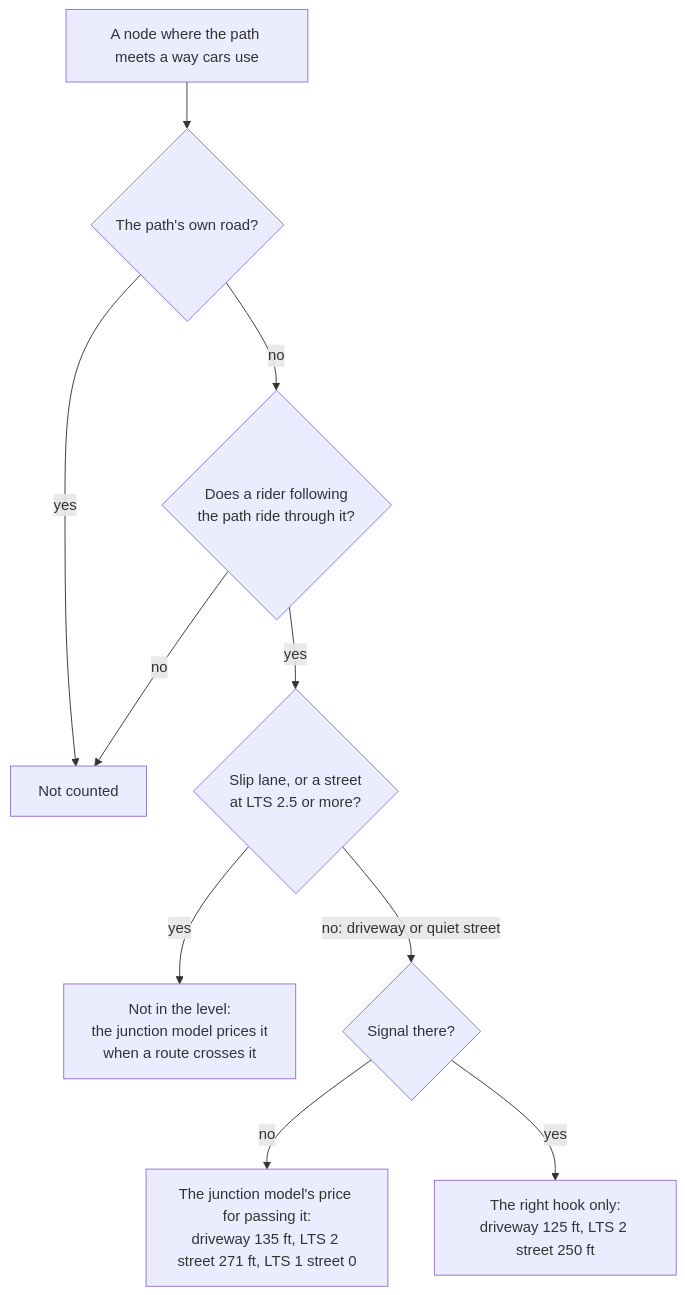
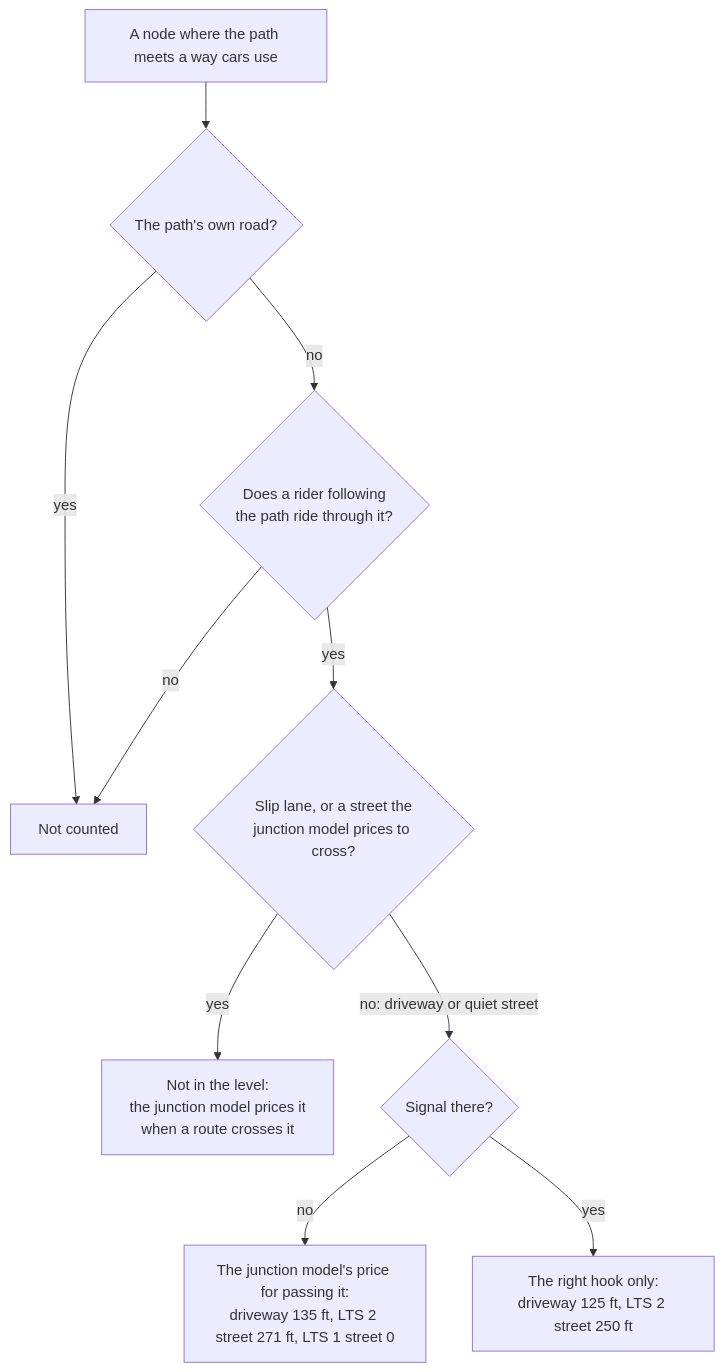
The third of 8 diagrams in docs/stress/side-paths.md (Macrophage87/RouteMaker), drawn with Mermaid before and after one commit. The commit also changed other lines of this file and 21 other files, not shown here.

````diff
--- a/docs/stress/side-paths.md
+++ b/docs/stress/side-paths.md
@@ -181,12 +182,12 @@
 ```mermaid
 flowchart TD
     P["A node where the path meets a way cars use"] --> O{"The path's own road?"}
     O -- yes --> X["Not counted"]
     O -- no --> T{"Does a rider following<br/>the path ride through it?"}
     T -- no --> X
-    T -- yes --> B{"Slip lane, or a street<br/>at LTS 2.5 or more?"}
+    T -- yes --> B{"Slip lane, or a street the<br/>junction model prices to cross?"}
     B -- yes --> J["Not in the level:<br/>the junction model prices it<br/>when a route crosses it"]
     B -- "no: driveway or quiet street" --> G{"Signal there?"}
     G -- no --> QF["The junction model's price for passing it:<br/>driveway 135 ft, LTS 2 street 271 ft, LTS 1 street 0"]
     G -- yes --> SG["The right hook only:<br/>driveway 125 ft, LTS 2 street 250 ft"]
 ```
````
